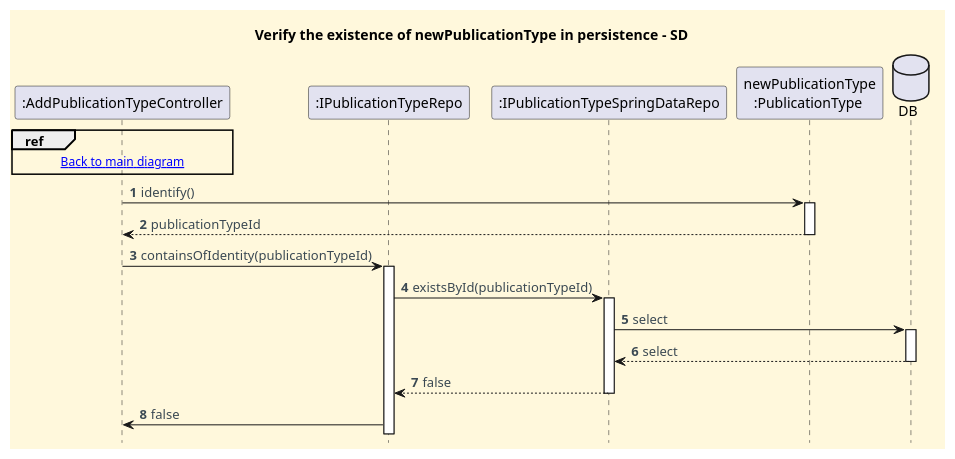
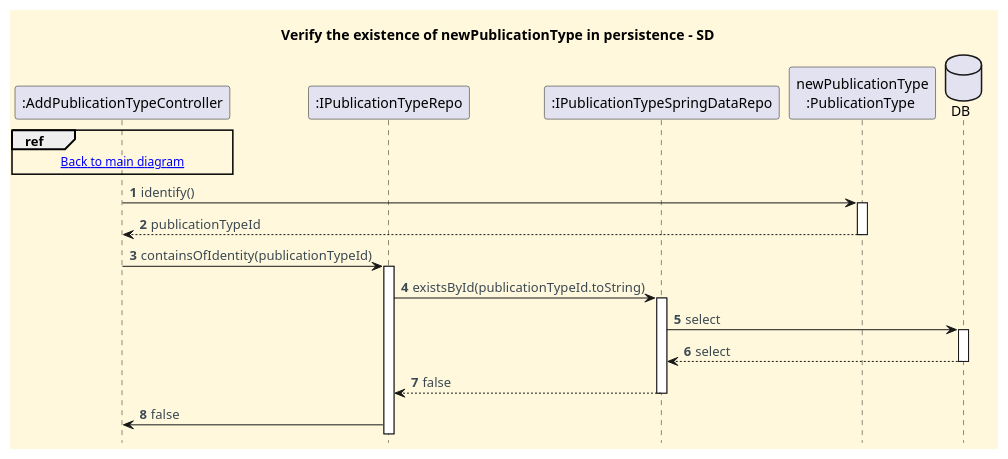
Before and after one commit to CarolinaLeite-collab/JavaMarketplacePlatform: the diagram in docs/functionalities/admin/add-new-publication-type/SD/1.Verify.puml, drawn with PlantUML.

Commit message:
docs: minor typo in aditional ref diagram 1.Verfy - refs #757

```diff
--- a/docs/functionalities/admin/add-new-publication-type/SD/1.Verify.puml
+++ b/docs/functionalities/admin/add-new-publication-type/SD/1.Verify.puml
@@ -1,55 +1,55 @@
 @startuml
 title Verify the existence of newPublicationType in persistence - SD
 hidefootbox
 
 '==== basic style ====
 skinparam monochrome false
 skinparam shadowing false
 skinparam defaultFontName Futura
 skinparam objectFontSize 20
 skinparam backgroundColor CornSilk
 skinparam objectBackgroundColor WhiteSmoke
 skinparam noteBackgroundColor #FFFFE0
 skinparam ArrowFontColor #3B4953
 skinparam ActivationBackgroundColor black
 
 autonumber
 autoactivate off
 
 ' --- Actor and participants ---
 participant ":AddPublicationTypeController" as CTL
 participant ":IPublicationTypeRepo" as REPO
 participant ":IPublicationTypeSpringDataRepo" as JPA
 participant "newPublicationType\n:PublicationType " as PT
 
 ' --- System dialog ---
 
 ref over CTL
 [[Add_New_Publication_Type_SD.puml Back to main diagram]]
 end ref
 
 CTL -> PT : identify()
 activate PT
 CTL <-- PT : publicationTypeId
 deactivate PT
 
 CTL -> REPO : containsOfIdentity(publicationTypeId)
 activate REPO
 
-REPO -> JPA : existsById(publicationTypeId)
+REPO -> JPA : existsById(publicationTypeId.toString)
 activate JPA
 
 database "DB" as DB
 JPA -> DB : select
 activate DB
 JPA <-- DB : select
 deactivate DB
 
 REPO <-- JPA : false
 deactivate JPA
 
 CTL <- REPO : false
 deactivate JPA
 
 
 @enduml
```
